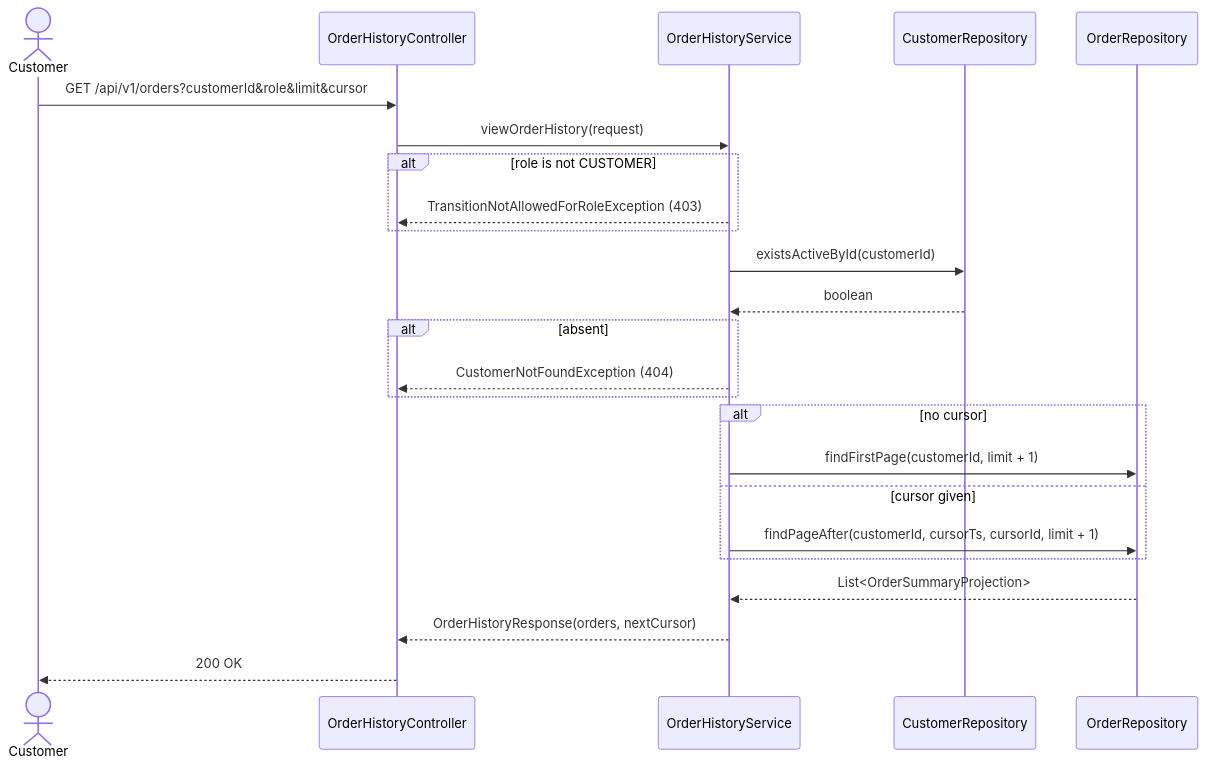
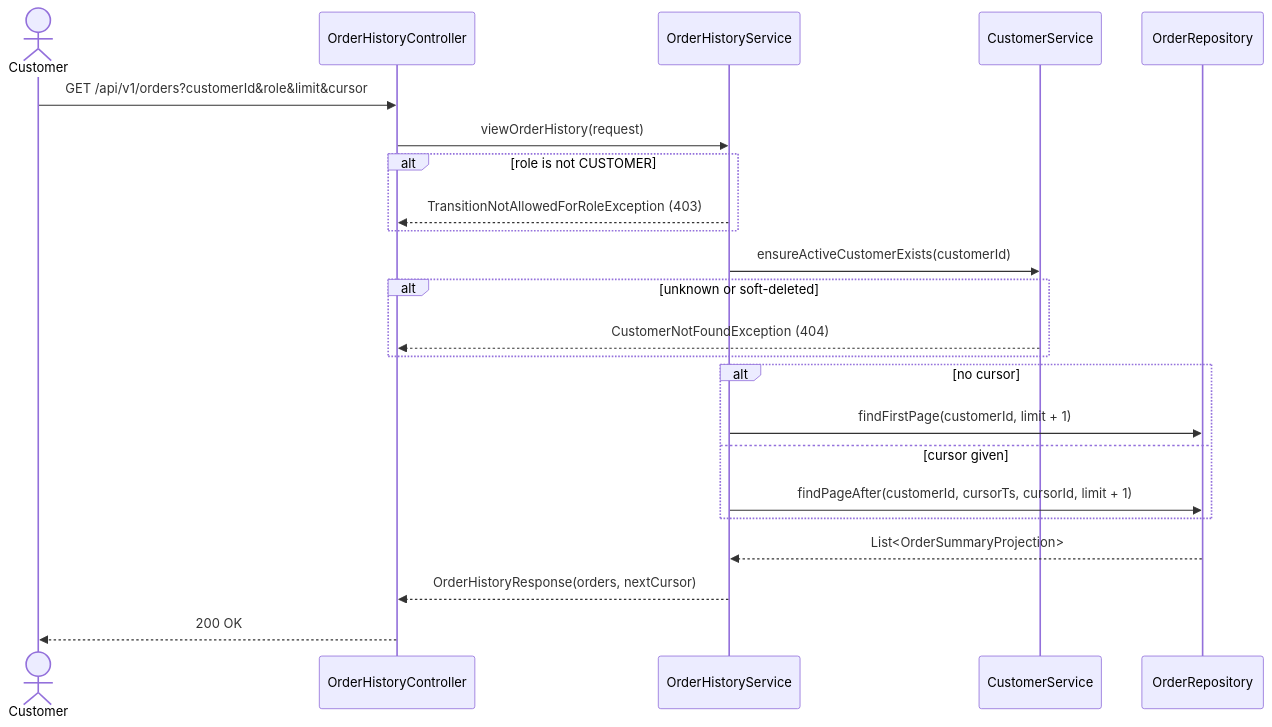
Before and after one commit to msmohammed0077-cmd/mentorship-restaurant: the second of 2 diagrams in restaurant/.docs/use-cases/order-management/view-order-history/view-order-history.md, drawn with Mermaid. The commit also changed other lines of this file and 10 other files, not shown here.

````diff
--- a/restaurant/.docs/use-cases/order-management/view-order-history/view-order-history.md
+++ b/restaurant/.docs/use-cases/order-management/view-order-history/view-order-history.md
@@ -234,31 +234,30 @@
 ```mermaid
 sequenceDiagram
     actor Customer
     participant C as OrderHistoryController
     participant H as OrderHistoryService
-    participant CR as CustomerRepository
+    participant CS as CustomerService
     participant OR as OrderRepository
 
     Customer->>C: GET /api/v1/orders?customerId&role&limit&cursor
     C->>H: viewOrderHistory(request)
 
     alt role is not CUSTOMER
         H-->>C: TransitionNotAllowedForRoleException (403)
     end
 
-    H->>CR: existsActiveById(customerId)
-    CR-->>H: boolean
-    alt absent
-        H-->>C: CustomerNotFoundException (404)
+    H->>CS: ensureActiveCustomerExists(customerId)
+    alt unknown or soft-deleted
+        CS-->>C: CustomerNotFoundException (404)
     end
 
     alt no cursor
         H->>OR: findFirstPage(customerId, limit + 1)
     else cursor given
         H->>OR: findPageAfter(customerId, cursorTs, cursorId, limit + 1)
     end
     OR-->>H: List<OrderSummaryProjection>
 
     H-->>C: OrderHistoryResponse(orders, nextCursor)
     C-->>Customer: 200 OK
 ```
````
